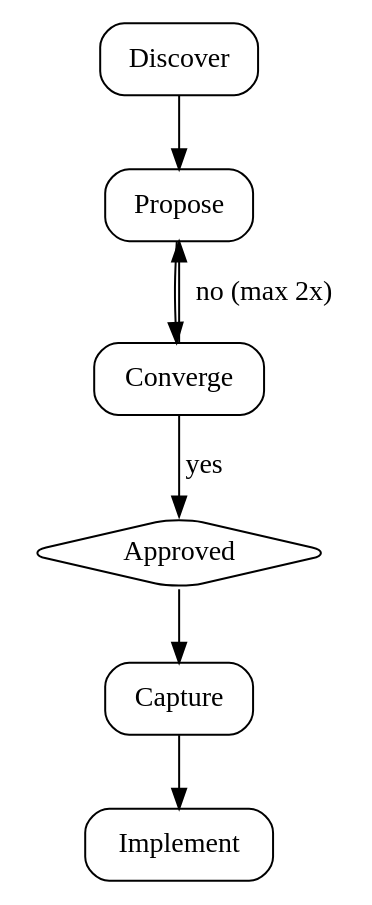
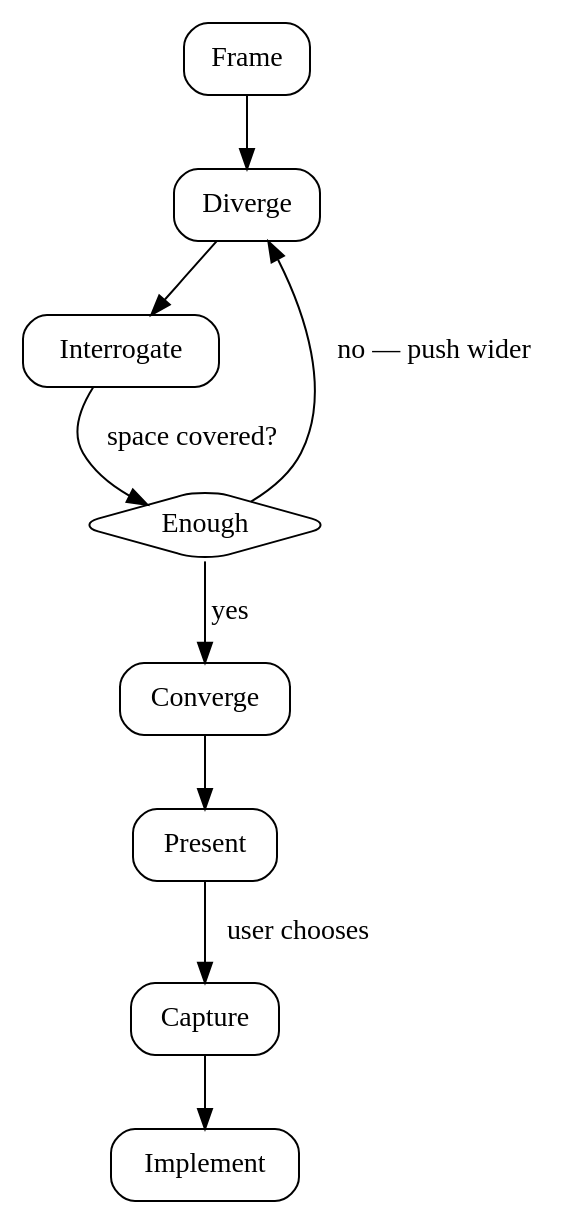
One commit to sisqo/skills changed the diagram in plugins/brainstorming/skills/brainstorming/SKILL.md. Above: the diagram before and after it, drawn with Graphviz. The commit also changed other lines of this file and 2 other files, not shown here.

````diff
--- a/plugins/brainstorming/skills/brainstorming/SKILL.md
+++ b/plugins/brainstorming/skills/brainstorming/SKILL.md
@@ -36,13 +39,15 @@
 ```dot
 digraph brainstorm {
     rankdir=TB
     node [shape=box style=rounded]
-    Discover -> Propose
-    Propose -> Converge
-    Converge -> Approved [label="yes"]
-    Converge -> Propose [label="no (max 2x)"]
-    Approved [shape=diamond]
-    Approved -> Capture
+    Frame -> Diverge
+    Diverge -> Interrogate
+    Interrogate -> Enough [label="space covered?"]
+    Enough [shape=diamond]
+    Enough -> Diverge [label="no — push wider"]
+    Enough -> Converge [label="yes"]
+    Converge -> Present
+    Present -> Capture [label="user chooses"]
     Capture -> Implement
 }
 ```
````
